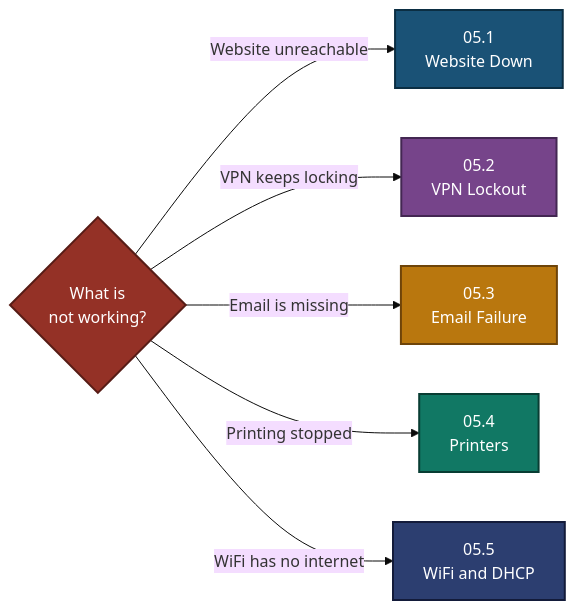
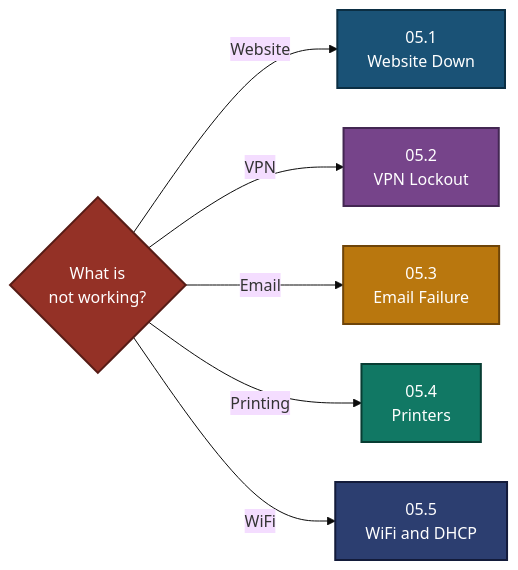
One commit to malaika-azhar/Customer-Tech-Support-Portfolio changed the second of 3 diagrams in 05-Escalation-scripts/README.md. Above: the diagram before and after it, drawn with Mermaid (base theme). The commit also changed other lines of this file, not shown here.

````diff
--- a/05-Escalation-scripts/README.md
+++ b/05-Escalation-scripts/README.md
@@ -107,21 +111,22 @@
 ```mermaid
+%%{init: {"flowchart": {"nodeSpacing": 40, "rankSpacing": 90}}}%%
 flowchart LR
     A{"What is<br>not working?"}
-    A -->|Website unreachable| B["05.1<br>Website Down"]
-    A -->|VPN keeps locking| C["05.2<br>VPN Lockout"]
-    A -->|Email is missing| D["05.3<br>Email Failure"]
-    A -->|Printing stopped| E["05.4<br>Printers"]
-    A -->|WiFi has no internet| F["05.5<br>WiFi and DHCP"]
+    A -->|Website| B["05.1<br>Website Down"]
+    A -->|VPN| C["05.2<br>VPN Lockout"]
+    A -->|Email| D["05.3<br>Email Failure"]
+    A -->|Printing| E["05.4<br>Printers"]
+    A -->|WiFi| F["05.5<br>WiFi and DHCP"]
     classDef blue fill:#1A5276,stroke:#0B2E43,stroke-width:2px,color:#FFFFFF;
     classDef red fill:#943126,stroke:#571C16,stroke-width:2px,color:#FFFFFF;
     classDef purple fill:#76448A,stroke:#432752,stroke-width:2px,color:#FFFFFF;
     classDef orange fill:#B9770E,stroke:#6E4409,stroke-width:2px,color:#FFFFFF;
     classDef green fill:#117864,stroke:#083D33,stroke-width:2px,color:#FFFFFF;
     classDef navy fill:#2C3E70,stroke:#131B3A,stroke-width:2px,color:#FFFFFF;
     class A red;
     class B blue;
     class C purple;
     class D orange;
     class E green;
     class F navy;
 ```
````
